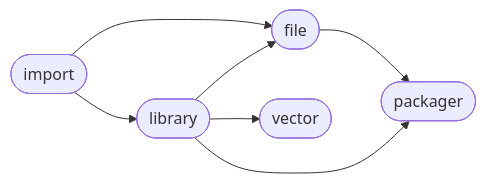
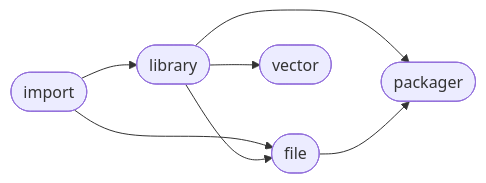
The diagram in README.md (Mandera/Mandera), drawn with Mermaid before and after one commit. The commit also changed other lines of this file, not shown here.

````diff
--- a/README.md
+++ b/README.md
@@ -6,14 +6,14 @@
 ```mermaid
 flowchart LR
+1([library]) --> 3([vector])
+1([library]) --> 4([packager])
 0([import]) --> 2([file])
+1([library]) --> 2([file])
 0([import]) --> 1([library])
 2([file]) --> 4([packager])
-1([library]) --> 4([packager])
-1([library]) --> 2([file])
-1([library]) --> 3([vector])
 click 0 "https://github.com/ManderaGeneral/generalimport"
 click 1 "https://github.com/ManderaGeneral/generallibrary"
 click 2 "https://github.com/ManderaGeneral/generalfile"
 click 3 "https://github.com/ManderaGeneral/generalvector"
 click 4 "https://github.com/ManderaGeneral/generalpackager"
 ```
````
